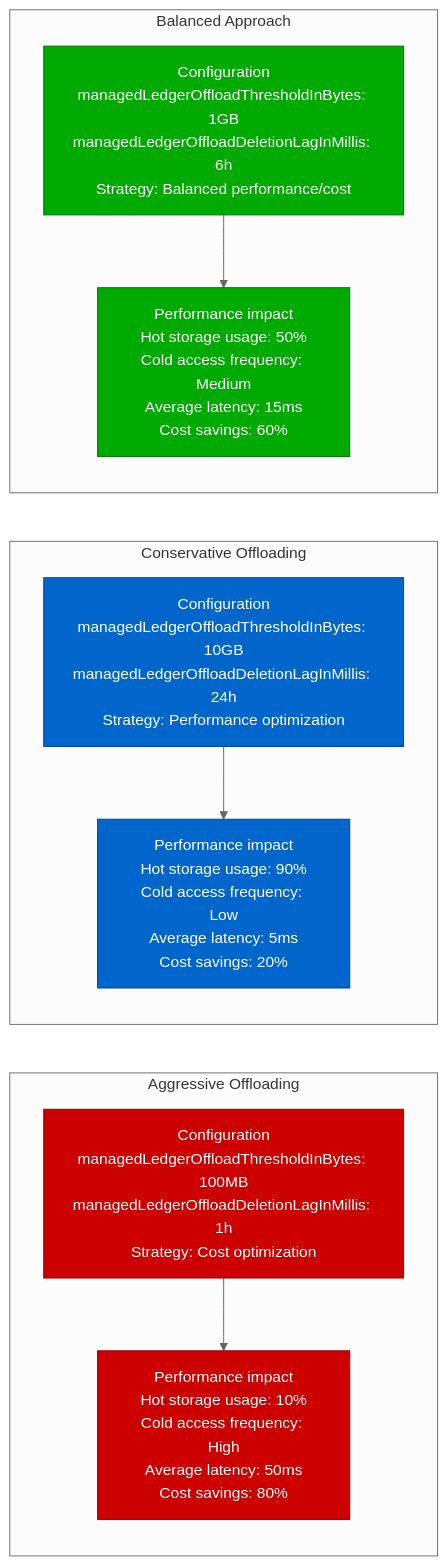
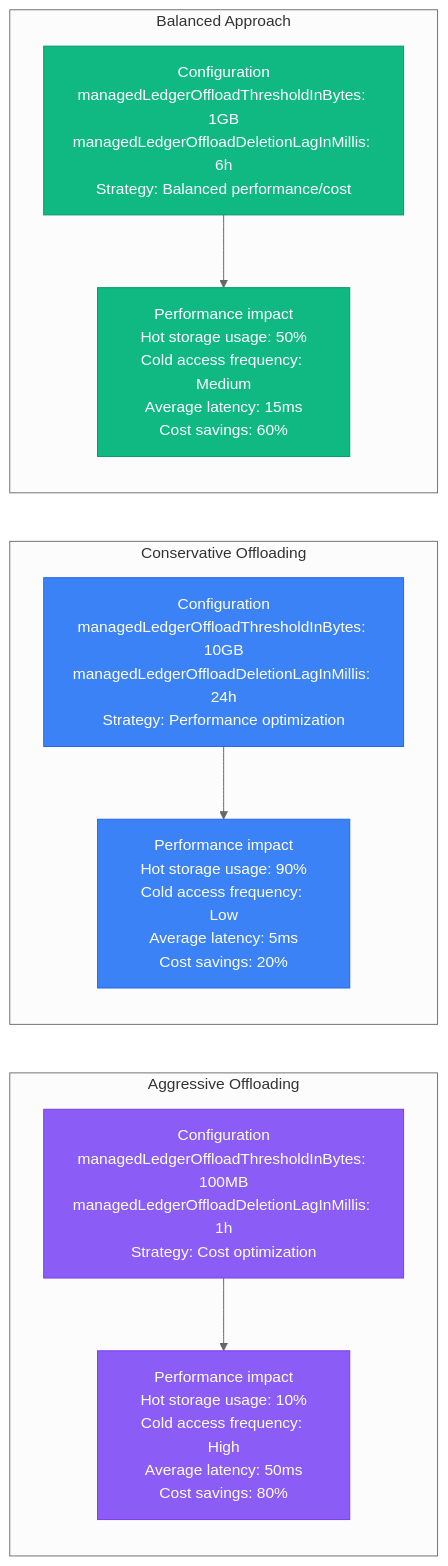
Before and after one commit to deepaucksharma/DS: the second of 11 diagrams in site/docs/performance/pulsar-performance-profile.md, drawn with Mermaid (neutral theme). The commit also changed other lines of this file and 303 other files, not shown here.

````diff
--- a/site/docs/performance/pulsar-performance-profile.md
+++ b/site/docs/performance/pulsar-performance-profile.md
@@ -55,34 +55,34 @@
 ```mermaid
 graph LR
     subgraph "Aggressive Offloading"
         AGG1[Configuration<br/>managedLedgerOffloadThresholdInBytes: 100MB<br/>managedLedgerOffloadDeletionLagInMillis: 1h<br/>Strategy: Cost optimization]
 
         AGG2[Performance impact<br/>Hot storage usage: 10%<br/>Cold access frequency: High<br/>Average latency: 50ms<br/>Cost savings: 80%]
 
         AGG1 --> AGG2
     end
 
     subgraph "Conservative Offloading"
         CONS1[Configuration<br/>managedLedgerOffloadThresholdInBytes: 10GB<br/>managedLedgerOffloadDeletionLagInMillis: 24h<br/>Strategy: Performance optimization]
 
         CONS2[Performance impact<br/>Hot storage usage: 90%<br/>Cold access frequency: Low<br/>Average latency: 5ms<br/>Cost savings: 20%]
 
         CONS1 --> CONS2
     end
 
     subgraph "Balanced Approach"
         BAL1[Configuration<br/>managedLedgerOffloadThresholdInBytes: 1GB<br/>managedLedgerOffloadDeletionLagInMillis: 6h<br/>Strategy: Balanced performance/cost]
 
         BAL2[Performance impact<br/>Hot storage usage: 50%<br/>Cold access frequency: Medium<br/>Average latency: 15ms<br/>Cost savings: 60%]
 
         BAL1 --> BAL2
     end
 
-    classDef aggStyle fill:#CC0000,stroke:#990000,color:#fff
-    classDef consStyle fill:#0066CC,stroke:#004499,color:#fff
-    classDef balStyle fill:#00AA00,stroke:#007700,color:#fff
+    classDef aggStyle fill:#8B5CF6,stroke:#7C3AED,color:#fff
+    classDef consStyle fill:#3B82F6,stroke:#2563EB,color:#fff
+    classDef balStyle fill:#10B981,stroke:#059669,color:#fff
 
     class AGG1,AGG2 aggStyle
     class CONS1,CONS2 consStyle
     class BAL1,BAL2 balStyle
 ```
````
